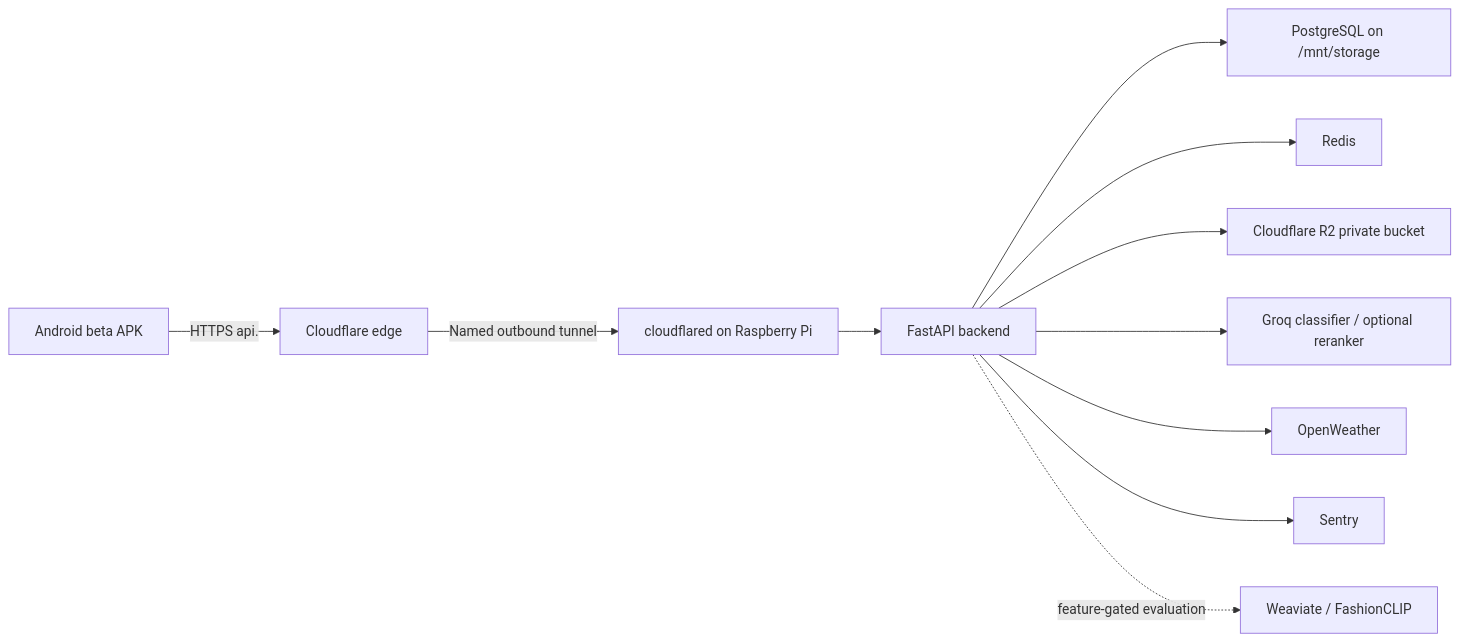
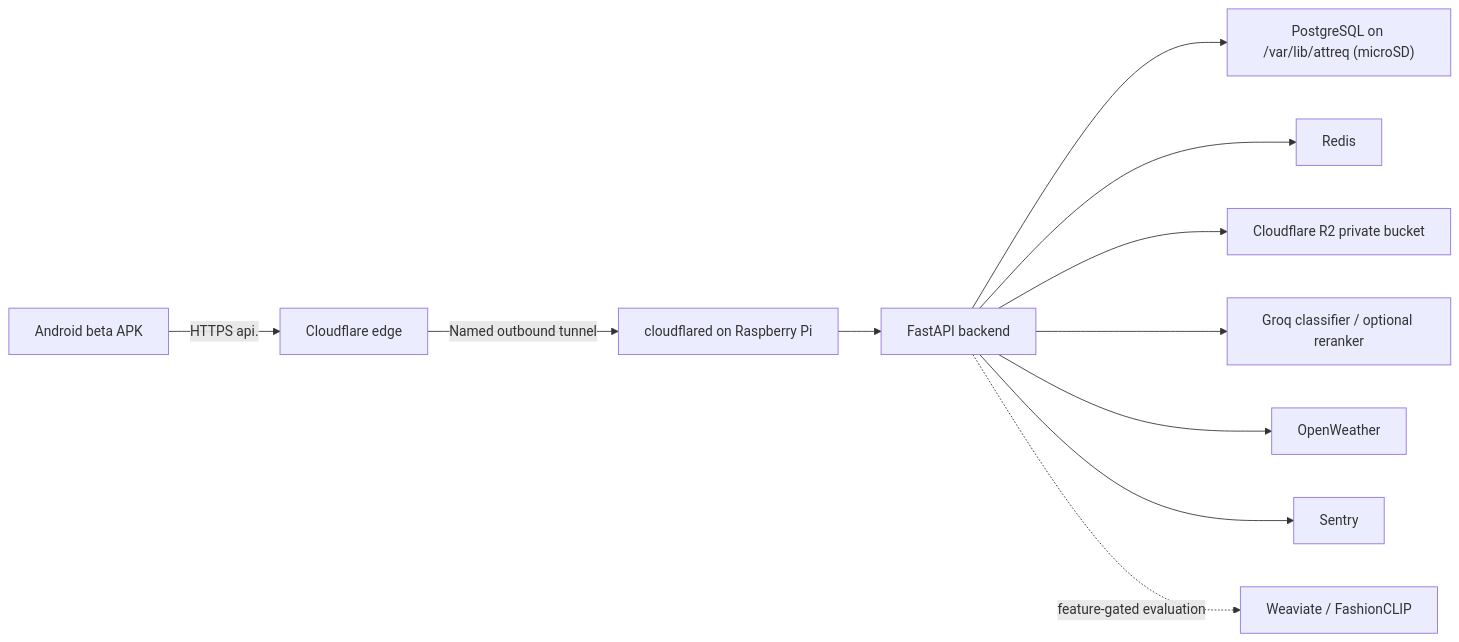
Before and after one commit to jayantdahiya/ATTREQ: the diagram in docs/08-beta-readiness/00-immediate-beta-readiness.md, drawn with Mermaid. The commit also changed other lines of this file and 5 other files, not shown here.

````diff
--- a/docs/08-beta-readiness/00-immediate-beta-readiness.md
+++ b/docs/08-beta-readiness/00-immediate-beta-readiness.md
@@ -67,13 +67,13 @@
 ```mermaid
 flowchart LR
     A["Android beta APK"] -->|"HTTPS api.<domain>"| C["Cloudflare edge"]
     C -->|"Named outbound tunnel"| T["cloudflared on Raspberry Pi"]
     T --> B["FastAPI backend"]
-    B --> P["PostgreSQL on /mnt/storage"]
+    B --> P["PostgreSQL on /var/lib/attreq (microSD)"]
     B --> R["Redis"]
     B --> O["Cloudflare R2 private bucket"]
     B --> G["Groq classifier / optional reranker"]
     B --> W["OpenWeather"]
     B --> S["Sentry"]
     B -. "feature-gated evaluation" .-> V["Weaviate / FashionCLIP"]
 ```
````
